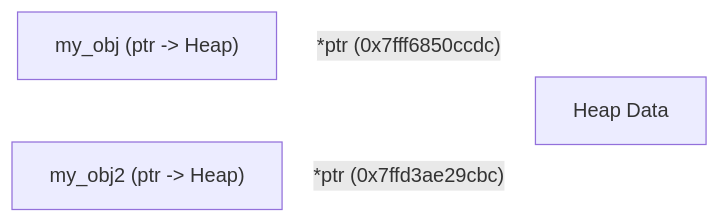
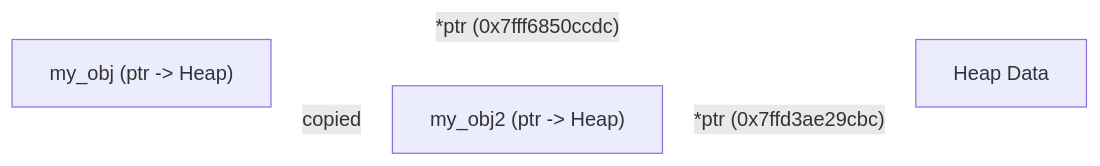
The first of 2 diagrams in docs/_posts/2025-11-29-rust-rules-and-guidelines.md (Elsie19/Elsie19), drawn with Mermaid before and after one commit. The commit also changed other lines of this file, not shown here.

````diff
--- a/docs/_posts/2025-11-29-rust-rules-and-guidelines.md
+++ b/docs/_posts/2025-11-29-rust-rules-and-guidelines.md
@@ -439,11 +439,12 @@
 ```mermaid
 flowchart LR
     A["my_obj (ptr -> Heap)"]
     H["Heap Data"]
     B["my_obj2 (ptr -> Heap)"]
 
+    A -->|"copied"| B
     A -->|"*ptr (0x7fff6850ccdc)"| H
     B -->|"*ptr (0x7ffd3ae29cbc)"| H
 
     linkStyle default stroke: white
 ```
````
